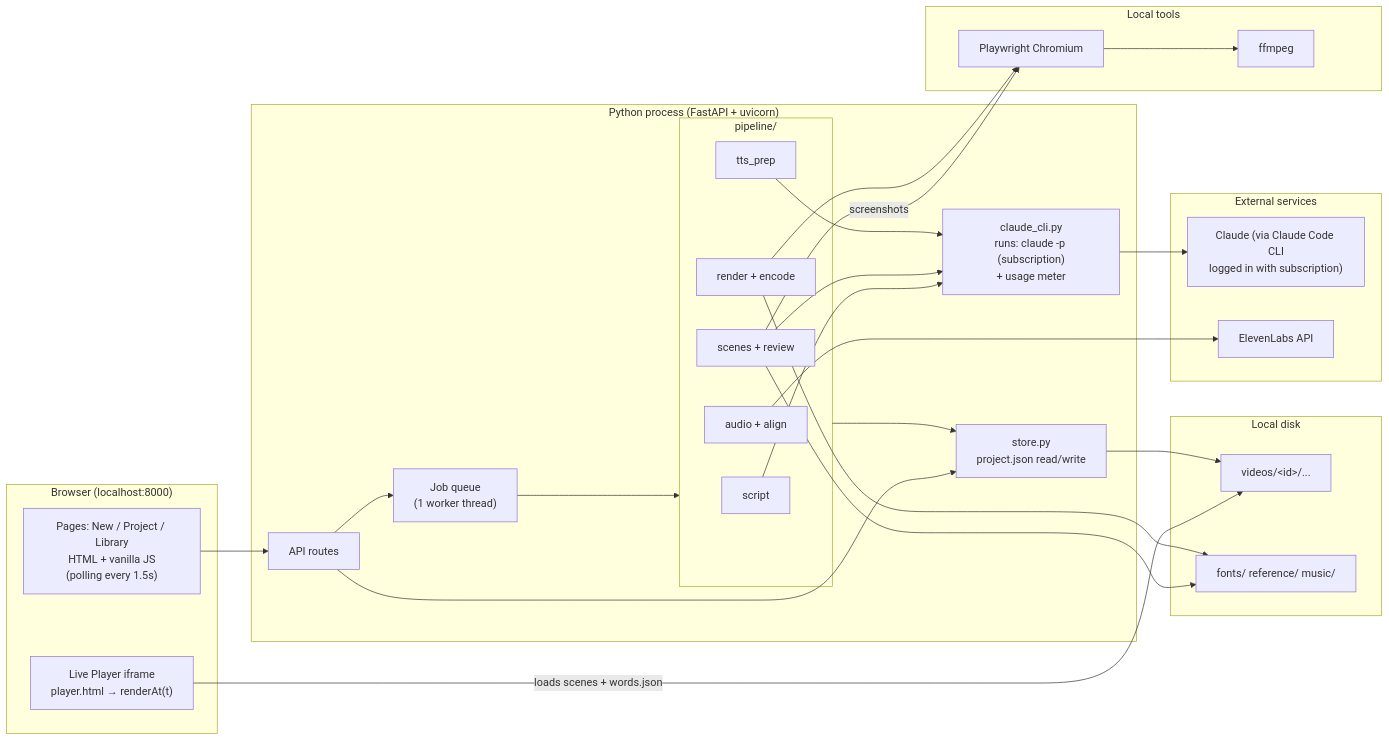
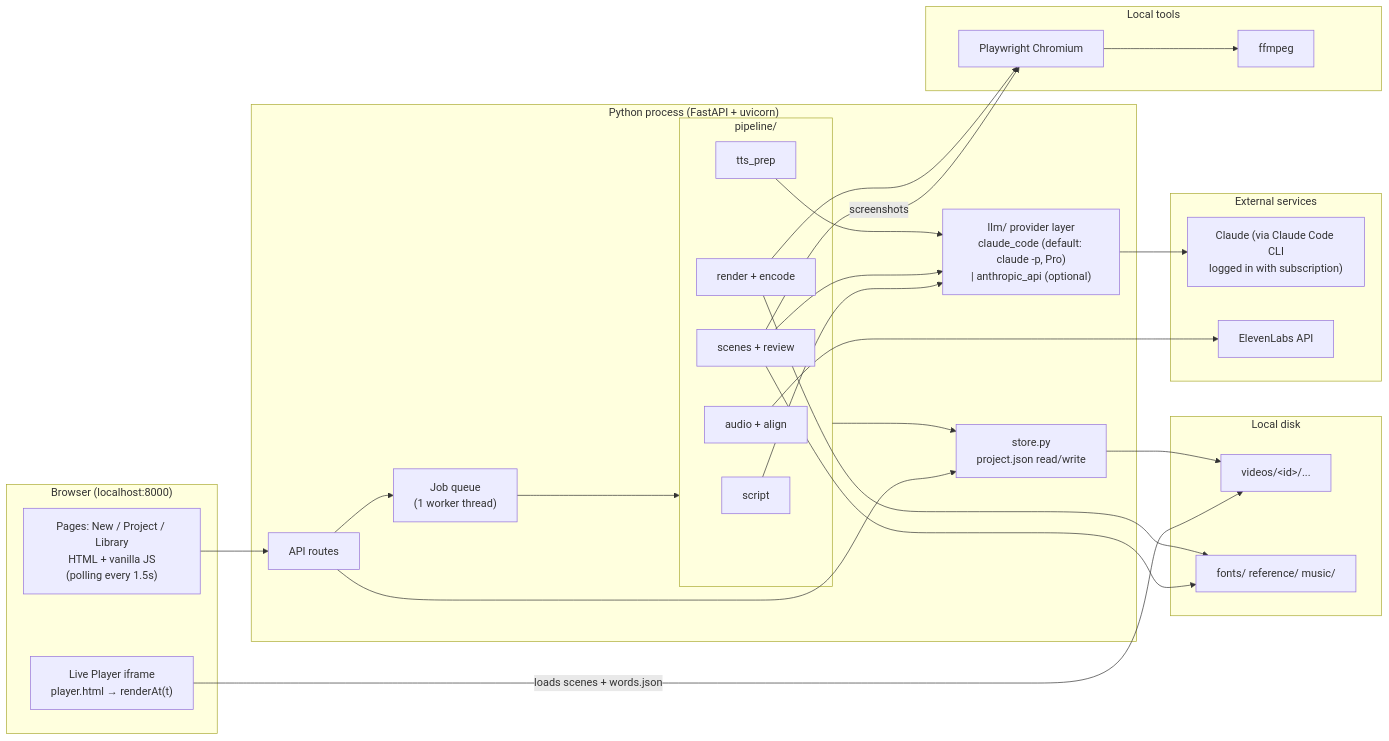
Before and after one commit to nname052/id: the first of 3 diagrams in docs/ARCHITECTURE.md, drawn with Mermaid. The commit also changed other lines of this file and 17 other files, not shown here.

First line of the commit message:
Add phase 0 validation scripts and update design for 8GB RAM and Claude Pro

````diff
--- a/docs/ARCHITECTURE.md
+++ b/docs/ARCHITECTURE.md
@@ -29,47 +29,47 @@
 ```mermaid
 flowchart LR
   subgraph Browser["Browser (localhost:8000)"]
     UI["Pages: New / Project / Library<br/>HTML + vanilla JS<br/>(polling every 1.5s)"]
     LP["Live Player iframe<br/>player.html → renderAt(t)"]
   end
 
   subgraph Server["Python process (FastAPI + uvicorn)"]
     API["API routes"]
     Q["Job queue<br/>(1 worker thread)"]
     subgraph Pipeline["pipeline/"]
       S1["script"]
       S2["scenes + review"]
       S3["tts_prep"]
       S4["audio + align"]
       S5["render + encode"]
     end
-    LLM["claude_cli.py<br/>runs: claude -p (subscription)<br/>+ usage meter"]
+    LLM["llm/ provider layer<br/>claude_code (default: claude -p, Pro)<br/>| anthropic_api (optional)"]
     STORE["store.py<br/>project.json read/write"]
   end
 
   subgraph Disk["Local disk"]
     VID["videos/&lt;id&gt;/..."]
     ASSETS["fonts/ reference/ music/"]
   end
 
   subgraph External["External services"]
     CL["Claude (via Claude Code CLI<br/>logged in with subscription)"]
     EL["ElevenLabs API"]
   end
 
   subgraph Local["Local tools"]
     PW["Playwright Chromium"]
     FF["ffmpeg"]
   end
 
   UI --> API
   LP -->|loads scenes + words.json| VID
   API --> STORE
   API --> Q --> Pipeline
   S1 & S2 & S3 --> LLM --> CL
   S2 -->|screenshots| PW
   S4 --> EL
   S5 --> PW --> FF
   Pipeline --> STORE --> VID
   S2 & S5 --> ASSETS
 ```
````
